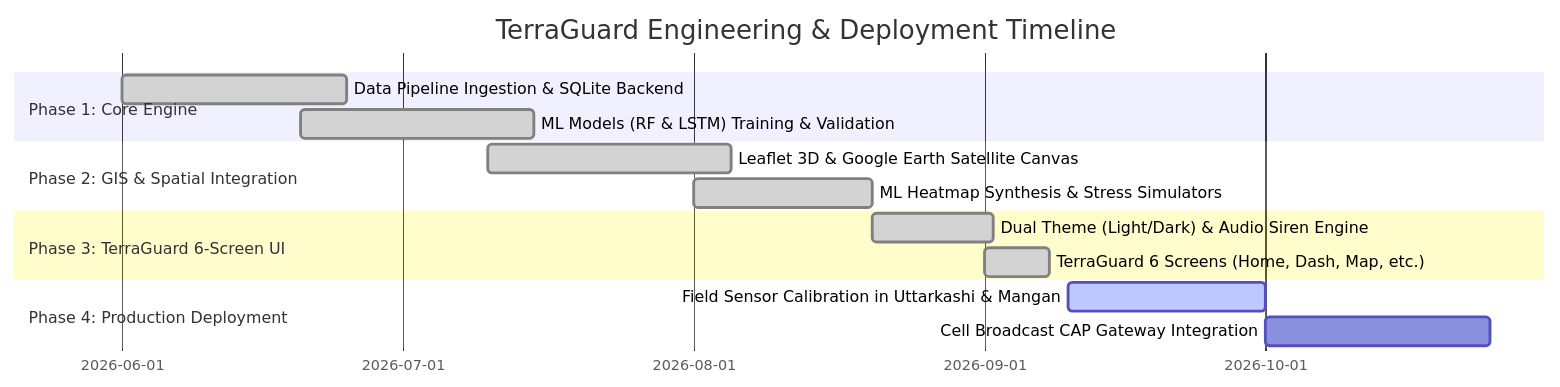
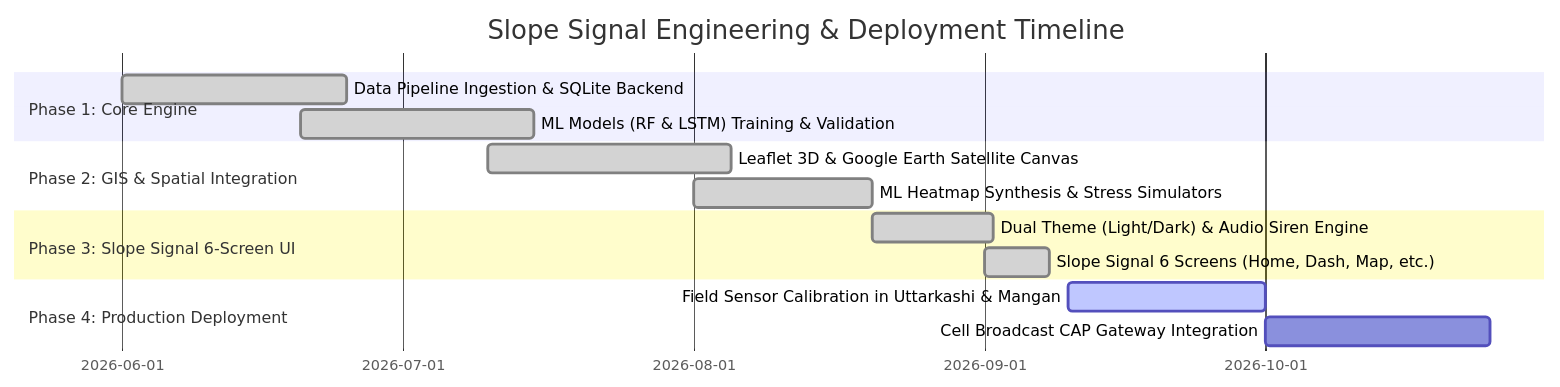
Before and after one commit to ayushman-04/hackindia-ai-cybertech-hackathon-2026-code-sentinels: the second of 2 diagrams in docs/PRD.md, drawn with Mermaid. The commit also changed other lines of this file and 5 other files, not shown here.

Commit message:
docs: update project branding and metadata to Slope Signal

````diff
--- a/docs/PRD.md
+++ b/docs/PRD.md
@@ -226,17 +226,17 @@
 ```mermaid
 gantt
-    title TerraGuard Engineering & Deployment Timeline
+    title Slope Signal Engineering & Deployment Timeline
     dateFormat  YYYY-MM-DD
     section Phase 1: Core Engine
     Data Pipeline Ingestion & SQLite Backend      :done,    p1, 2026-06-01, 2026-06-25
     ML Models (RF & LSTM) Training & Validation   :done,    p2, 2026-06-20, 2026-07-15
     section Phase 2: GIS & Spatial Integration
     Leaflet 3D & Google Earth Satellite Canvas   :done,    p3, 2026-07-10, 2026-08-05
     ML Heatmap Synthesis & Stress Simulators      :done,    p4, 2026-08-01, 2026-08-20
-    section Phase 3: TerraGuard 6-Screen UI
+    section Phase 3: Slope Signal 6-Screen UI
     Dual Theme (Light/Dark) & Audio Siren Engine  :done,    p5, 2026-08-20, 2026-09-02
-    TerraGuard 6 Screens (Home, Dash, Map, etc.) :done,    p6, 2026-09-01, 2026-09-08
+    Slope Signal 6 Screens (Home, Dash, Map, etc.) :done,    p6, 2026-09-01, 2026-09-08
     section Phase 4: Production Deployment
     Field Sensor Calibration in Uttarkashi & Mangan:active,  p7, 2026-09-10, 2026-10-01
     Cell Broadcast CAP Gateway Integration        :         p8, 2026-10-01, 2026-10-25
 ```
````
